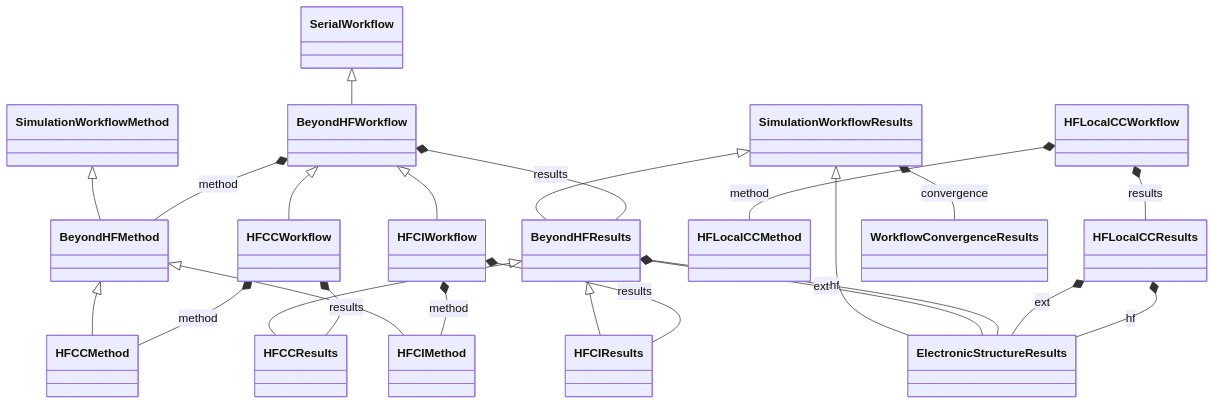
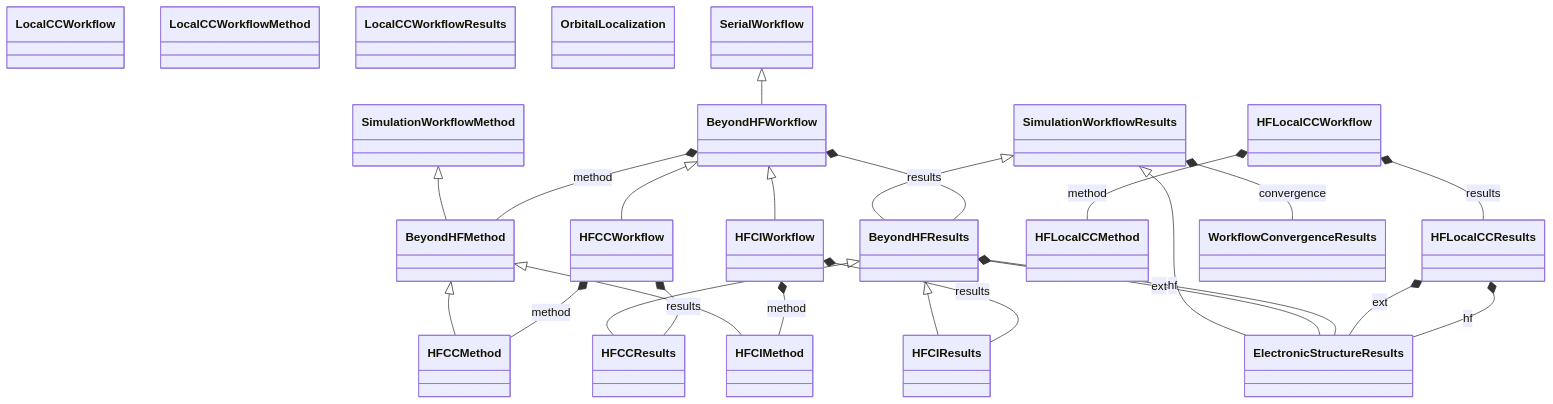
The diagram in docs/schema/workflow_beyond_hf.diagram.md (FAIRmat-NFDI/nomad-simulations), drawn with Mermaid before and after one commit.

Commit message:
update mermaid diagram

````diff
--- a/docs/schema/workflow_beyond_hf.diagram.md
+++ b/docs/schema/workflow_beyond_hf.diagram.md
@@ -14,43 +14,48 @@
 ```mermaid
 classDiagram
     class BeyondHFMethod
     class BeyondHFResults
     class BeyondHFWorkflow
     class ElectronicStructureResults
     class HFCCMethod
     class HFCCResults
     class HFCCWorkflow
     class HFCIMethod
     class HFCIResults
     class HFCIWorkflow
     class HFLocalCCMethod
     class HFLocalCCResults
     class HFLocalCCWorkflow
+    class LocalCCWorkflow
+    class LocalCCWorkflowMethod
+    class LocalCCWorkflowResults
+    class OrbitalLocalization
     class SerialWorkflow
     class SimulationWorkflowMethod
     class SimulationWorkflowResults
+    class WorkflowConvergenceResults
     class WorkflowConvergenceResults
     SimulationWorkflowMethod <|-- BeyondHFMethod
     SimulationWorkflowResults <|-- BeyondHFResults
     SerialWorkflow <|-- BeyondHFWorkflow
     SimulationWorkflowResults <|-- ElectronicStructureResults
     BeyondHFMethod <|-- HFCCMethod
     BeyondHFResults <|-- HFCCResults
     BeyondHFWorkflow <|-- HFCCWorkflow
     BeyondHFMethod <|-- HFCIMethod
     BeyondHFResults <|-- HFCIResults
     BeyondHFWorkflow <|-- HFCIWorkflow
     BeyondHFResults *-- ElectronicStructureResults : ext
     BeyondHFResults *-- ElectronicStructureResults : hf
     BeyondHFWorkflow *-- BeyondHFMethod : method
     BeyondHFWorkflow *-- BeyondHFResults : results
     HFCCWorkflow *-- HFCCMethod : method
     HFCCWorkflow *-- HFCCResults : results
     HFCIWorkflow *-- HFCIMethod : method
     HFCIWorkflow *-- HFCIResults : results
     HFLocalCCResults *-- ElectronicStructureResults : ext
     HFLocalCCResults *-- ElectronicStructureResults : hf
     HFLocalCCWorkflow *-- HFLocalCCMethod : method
     HFLocalCCWorkflow *-- HFLocalCCResults : results
     SimulationWorkflowResults *-- WorkflowConvergenceResults : convergence
 ```
````
